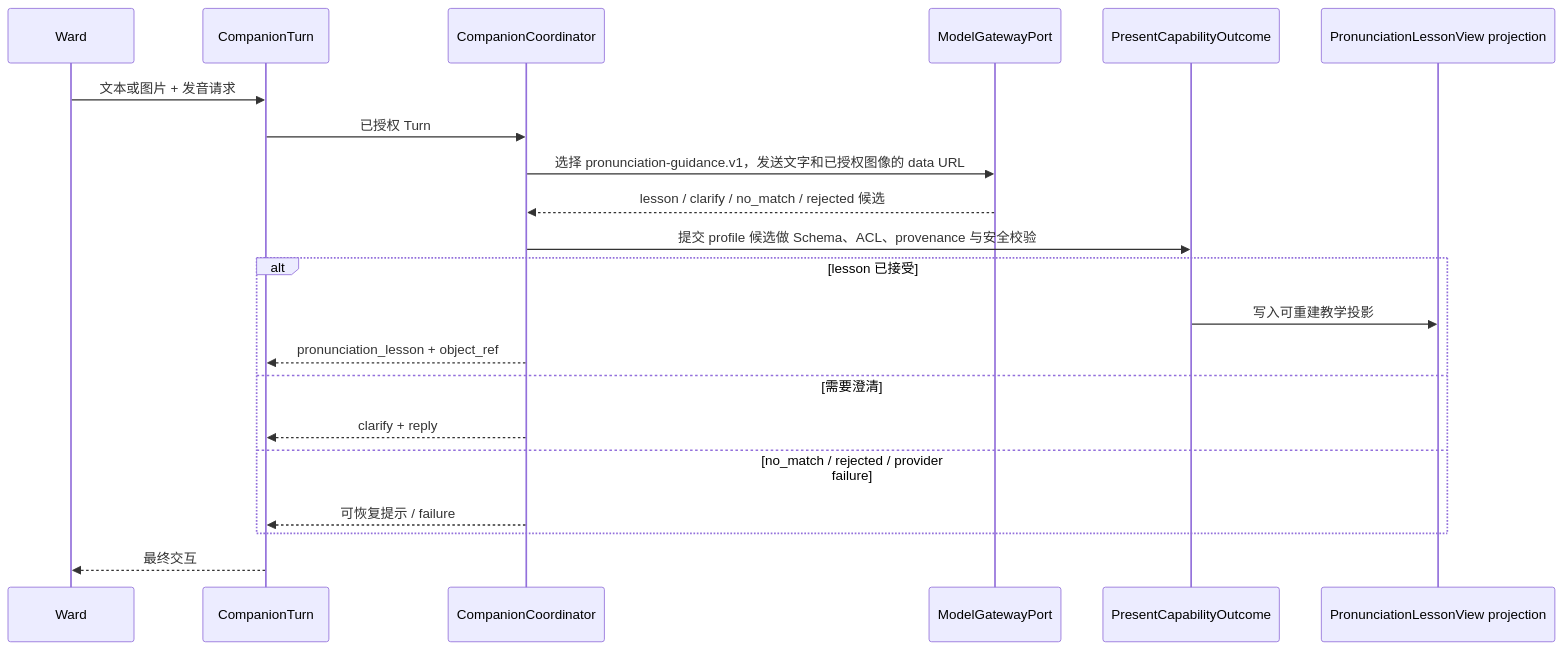
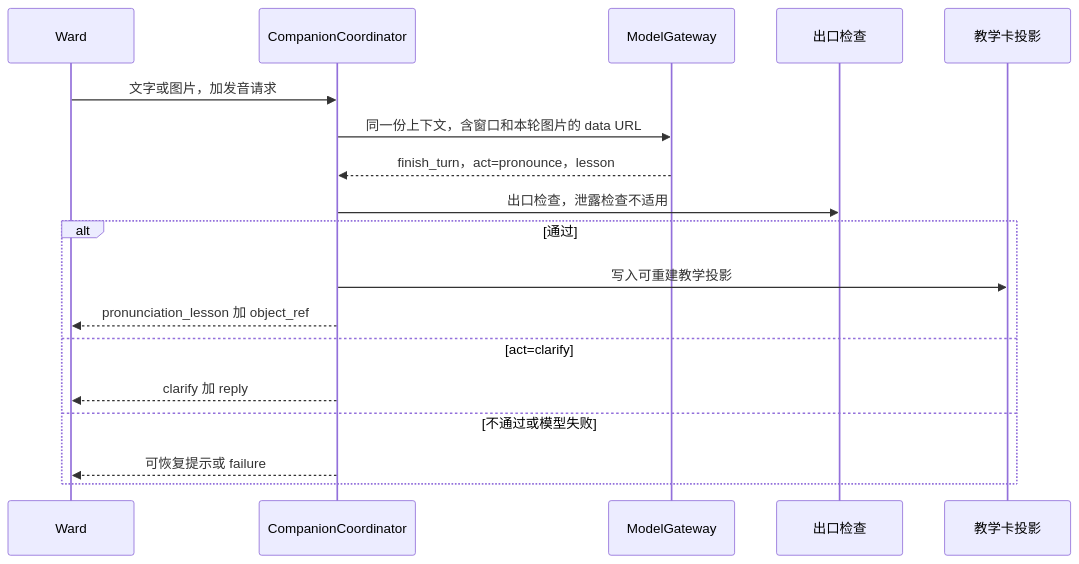
Diagram 12 of 12 in docs/technical/domain-study.md (johanchow/duxue), drawn with Mermaid before and after one commit. The commit also changed other lines of this file and 43 other files, not shown here.

First line of the commit message:
Let the model drive each tutoring turn while code guards the answer state and the exit.

````diff
--- a/docs/technical/domain-study.md
+++ b/docs/technical/domain-study.md
@@ -610,24 +798,21 @@
 ```mermaid
 sequenceDiagram
     participant W as Ward
-    participant I as CompanionTurn
     participant C as CompanionCoordinator
-    participant G as ModelGatewayPort
-    participant V as PresentCapabilityOutcome
-    participant P as PronunciationLessonView projection
+    participant G as ModelGateway
+    participant X as 出口检查
+    participant V as 教学卡投影
 
-    W->>I: 文本或图片 + 发音请求
-    I->>C: 已授权 Turn
-    C->>G: 选择 pronunciation-guidance.v1，发送文字和已授权图像的 data URL
-    G-->>C: lesson / clarify / no_match / rejected 候选
-    C->>V: 提交 profile 候选做 Schema、ACL、provenance 与安全校验
-    alt lesson 已接受
-        V->>P: 写入可重建教学投影
-        C-->>I: pronunciation_lesson + object_ref
-    else 需要澄清
-        C-->>I: clarify + reply
-    else no_match / rejected / provider failure
-        C-->>I: 可恢复提示 / failure
+    W->>C: 文字或图片，加发音请求
+    C->>G: 同一份上下文，含窗口和本轮图片的 data URL
+    G-->>C: finish_turn，act=pronounce，lesson
+    C->>X: 出口检查，泄露检查不适用
+    alt 通过
+        C->>V: 写入可重建教学投影
+        C-->>W: pronunciation_lesson 加 object_ref
+    else act=clarify
+        C-->>W: clarify 加 reply
+    else 不通过或模型失败
+        C-->>W: 可恢复提示或 failure
     end
-    I-->>W: 最终交互
 ```
````
